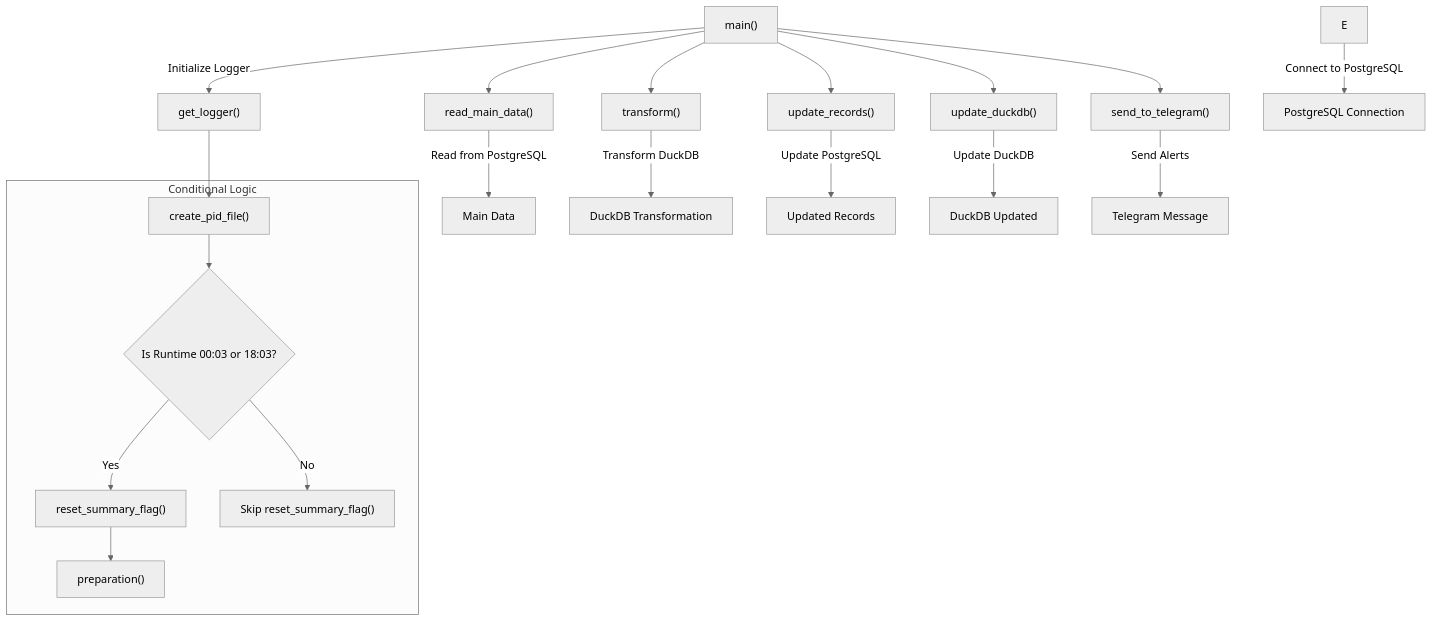
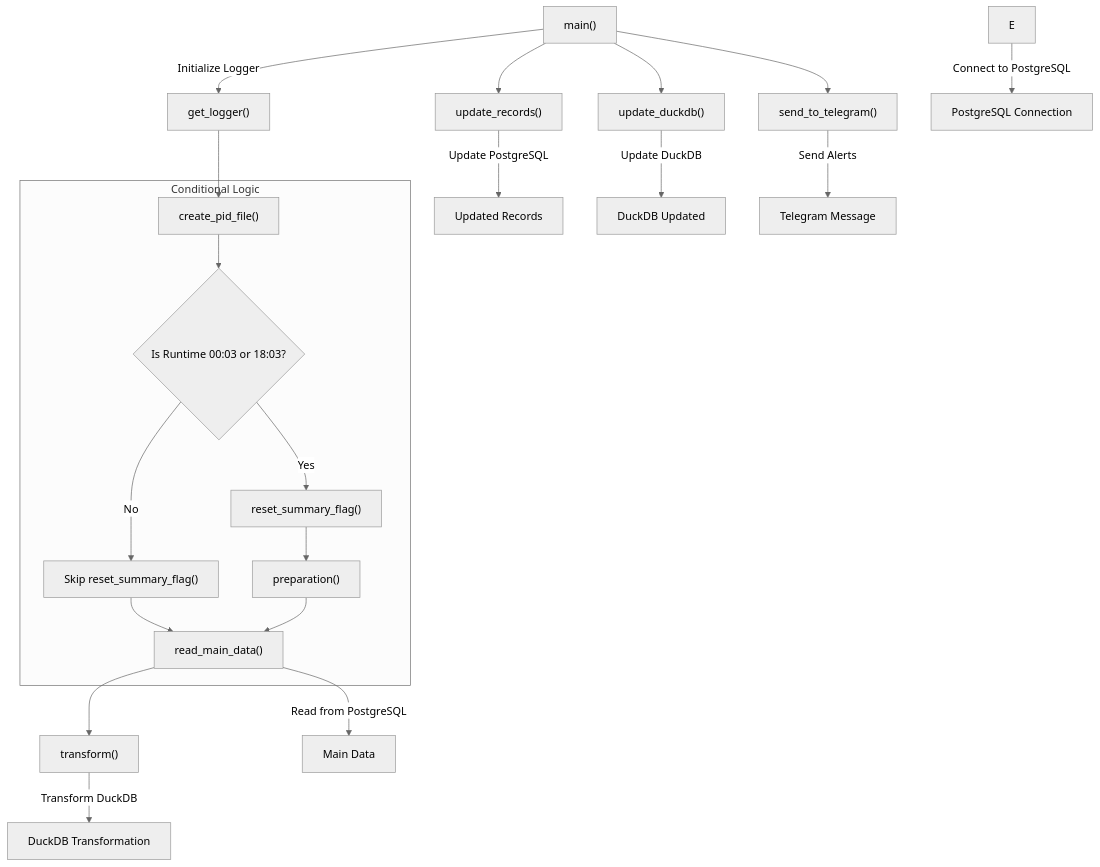
One commit to maulanaady/psn changed the second of 2 diagrams in UDR/calculation_readme.md. Above: the diagram before and after it, drawn with Mermaid (neutral theme).

Commit message:
update readme file

````diff
--- a/UDR/calculation_readme.md
+++ b/UDR/calculation_readme.md
@@ -75,26 +75,26 @@
 ```mermaid
 graph TD;
     A[main#40;#41;] --> |Initialize Logger| B[get_logger#40;#41;];
     B --> D[create_pid_file#40;#41;];
-    A --> F[read_main_data#40;#41;];
+
     
     subgraph Conditional Logic
         D --> G{Is Runtime 00:03 or 18:03?}
         G -- Yes --> H[reset_summary_flag#40;#41;];
-        G -- No --> I[Skip reset_summary_flag#40;#41;];
-        H --> J[preparation#40;#41;];
+        G -- No --> I[Skip reset_summary_flag#40;#41;] --> F[read_main_data#40;#41;];
+        H --> J[preparation#40;#41;] --> F[read_main_data#40;#41;];
     end
 
-    A --> K[transform#40;#41;];
+    F --> K[transform#40;#41;];
     A --> L[update_records#40;#41;];
     A --> M[update_duckdb#40;#41;];
     A --> N[send_to_telegram#40;#41;];
 
     E --> |Connect to PostgreSQL| O[PostgreSQL Connection];
     F --> |Read from PostgreSQL| P[Main Data];
     K --> |Transform DuckDB| Q[DuckDB Transformation];
     L --> |Update PostgreSQL| R[Updated Records];
     M --> |Update DuckDB| S[DuckDB Updated];
     N --> |Send Alerts| T[Telegram Message];
 
 ```
````
